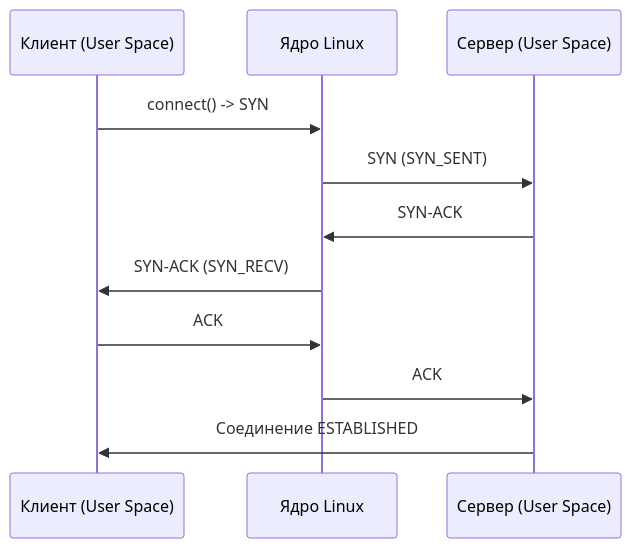
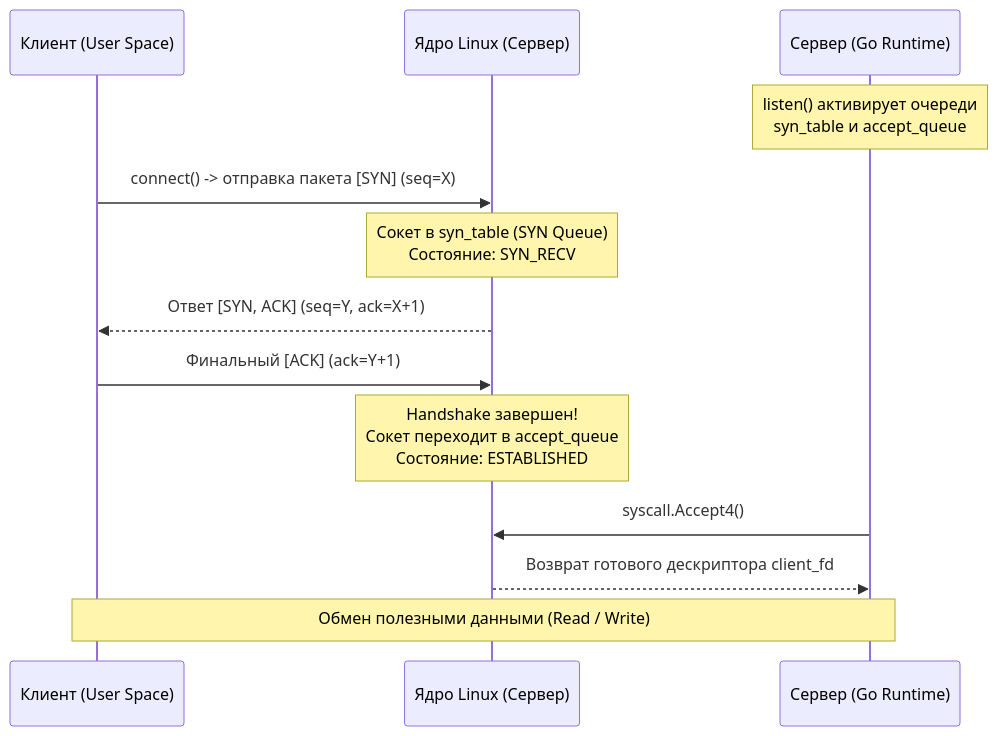
The third of 4 diagrams in sources/2. Устройство и работа ОС/48. Socket API и жизненный цикл TCP-соединения.md (UnrealTemplier/go-textbook), drawn with Mermaid before and after one commit. The commit also changed other lines of this file, not shown here.

Commit message:
feat(module-02): editorial rewrite of Lecture 48 (Socket API, TCP 3-way handshake, struct sock, epoll, SO_REUSEPORT, accept4) in Kernighan style

````diff
--- a/sources/2. Устройство и работа ОС/48. Socket API и жизненный цикл TCP-соединения.md
+++ b/sources/2. Устройство и работа ОС/48. Socket API и жизненный цикл TCP-соединения.md
@@ -25,14 +77,16 @@
 ```mermaid
 sequenceDiagram
     participant Client as Клиент (User Space)
-    participant Kernel as Ядро Linux
-    participant Server as Сервер (User Space)
+    participant Kernel as Ядро Linux (Сервер)
+    participant Server as Сервер (Go Runtime)
 
-    Client->>Kernel: connect() -> SYN
-    Kernel->>Server: SYN (SYN_SENT)
-    Server->>Kernel: SYN-ACK
-    Kernel->>Client: SYN-ACK (SYN_RECV)
-    Client->>Kernel: ACK
-    Kernel->>Server: ACK
-    Server->>Client: Соединение ESTABLISHED
+    Note over Server: listen() активирует очереди<br/>syn_table и accept_queue
+    Client->>Kernel: connect() -> отправка пакета [SYN] (seq=X)
+    Note over Kernel: Сокет в syn_table (SYN Queue)<br/>Состояние: SYN_RECV
+    Kernel-->>Client: Ответ [SYN, ACK] (seq=Y, ack=X+1)
+    Client->>Kernel: Финальный [ACK] (ack=Y+1)
+    Note over Kernel: Handshake завершен!<br/>Сокет переходит в accept_queue<br/>Состояние: ESTABLISHED
+    Server->>Kernel: syscall.Accept4()
+    Kernel-->>Server: Возврат готового дескриптора client_fd
+    Note over Server,Client: Обмен полезными данными (Read / Write)
 ```
````
